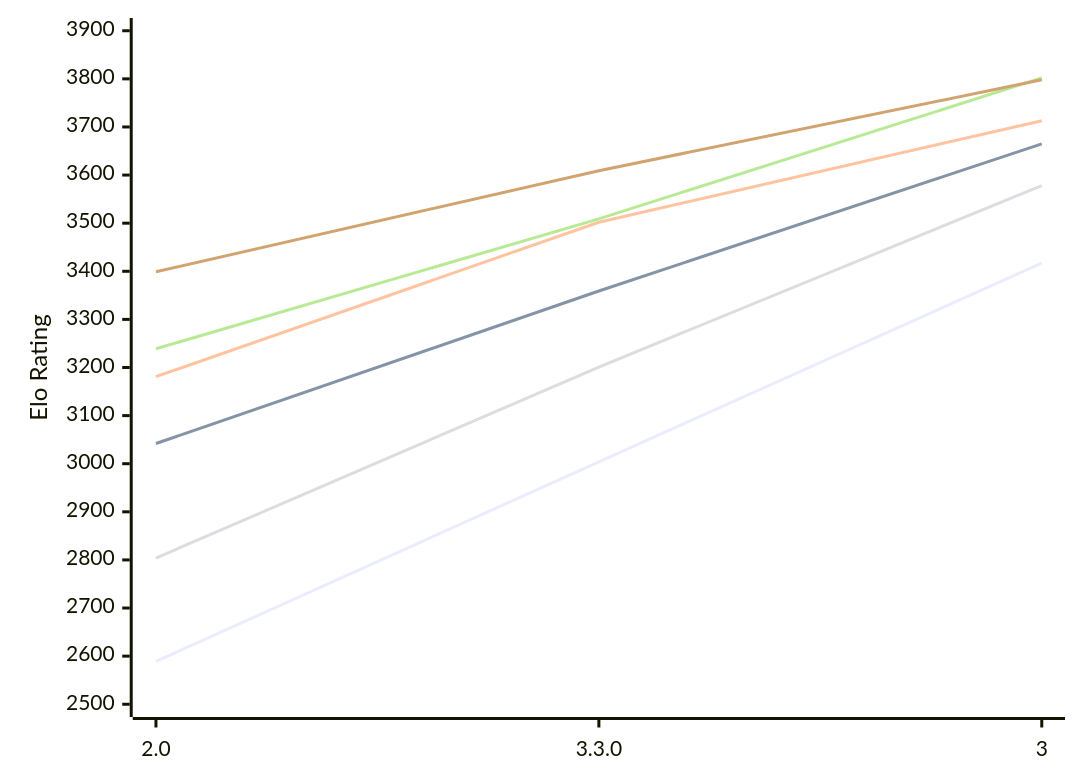
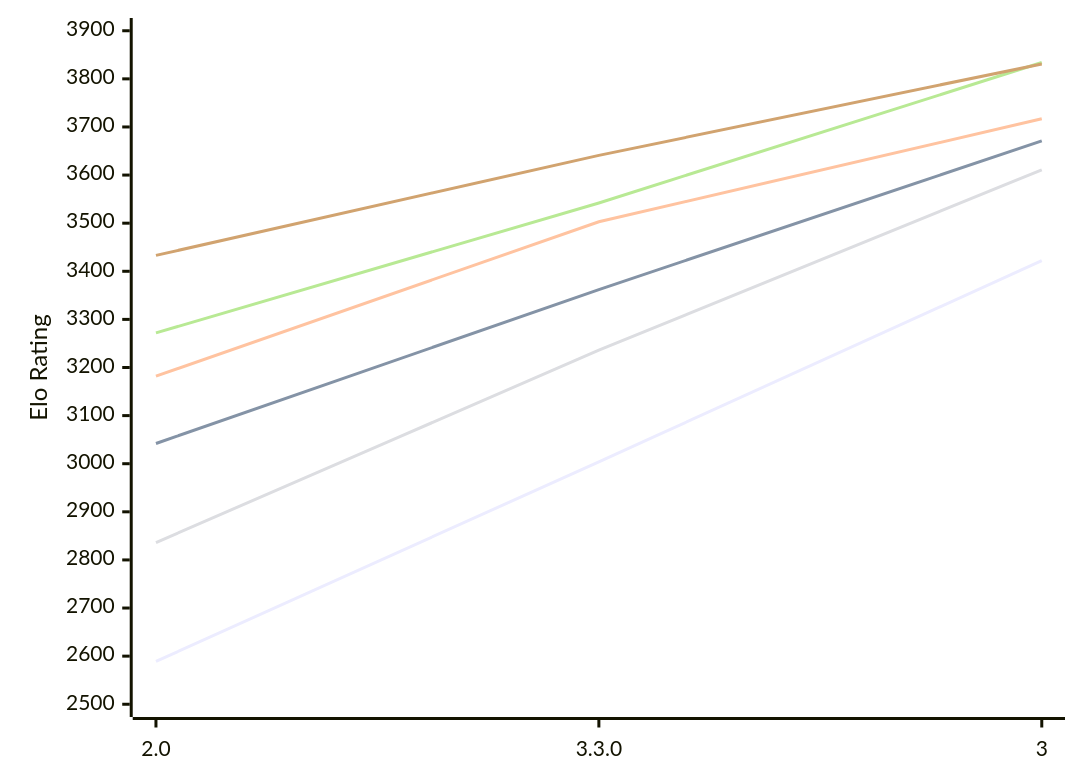
Before and after one commit to computer-chess-index/cci: the diagram in engines/Ravager.md, drawn with Mermaid. The commit also changed other lines of this file, not shown here.

Commit message:
Update CCI Ratings (ELO VLTC) - 2026-11-05

````diff
--- a/engines/Ravager.md
+++ b/engines/Ravager.md
@@ -51,12 +51,12 @@
 ```mermaid
 %%{init: {"theme":"base","themeVariables":{"seriesColors:['#a3a3a3','#222221','#faa371']}}}%%
 xychart-beta
   x-axis ["2.0", "3.3.0", "3"]
   y-axis "Elo Rating" 2500 --> 3900
-  line "E1: STC (8.0+0.08s)" [2589, 3004, 3417]
-  line "E1: LTC (60.0+0.60s)" [3042, 3359, 3665]
-  line "E1: VLTC (2m24s+1.12s)" [3181, 3502, 3713]
-  line "P1: STC (8.0+0.08s)" [2804, 3201, 3578]
-  line "P1: LTC (60.0+0.60s)" [3239, 3509, 3802]
-  line "P1: VLTC (2m24s+1.12s)" [3399, 3609, 3798]
+  line "E1: STC (8.0+0.08s)" [2589, 3004, 3422]
+  line "E1: LTC (60.0+0.60s)" [3042, 3362, 3671]
+  line "E1: VLTC (2m24s+1.12s)" [3182, 3503, 3717]
+  line "P1: STC (8.0+0.08s)" [2836, 3236, 3611]
+  line "P1: LTC (60.0+0.60s)" [3272, 3542, 3834]
+  line "P1: VLTC (2m24s+1.12s)" [3433, 3641, 3831]
 ```
````
